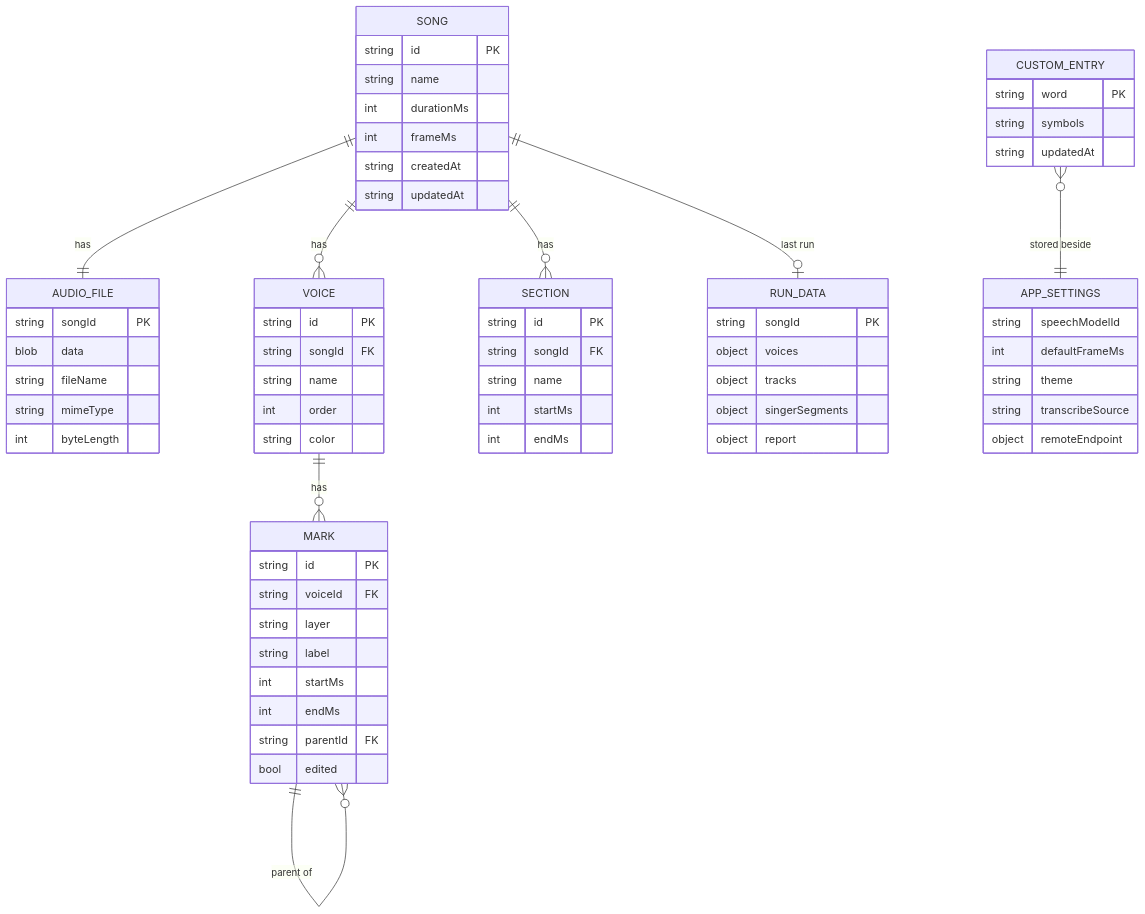
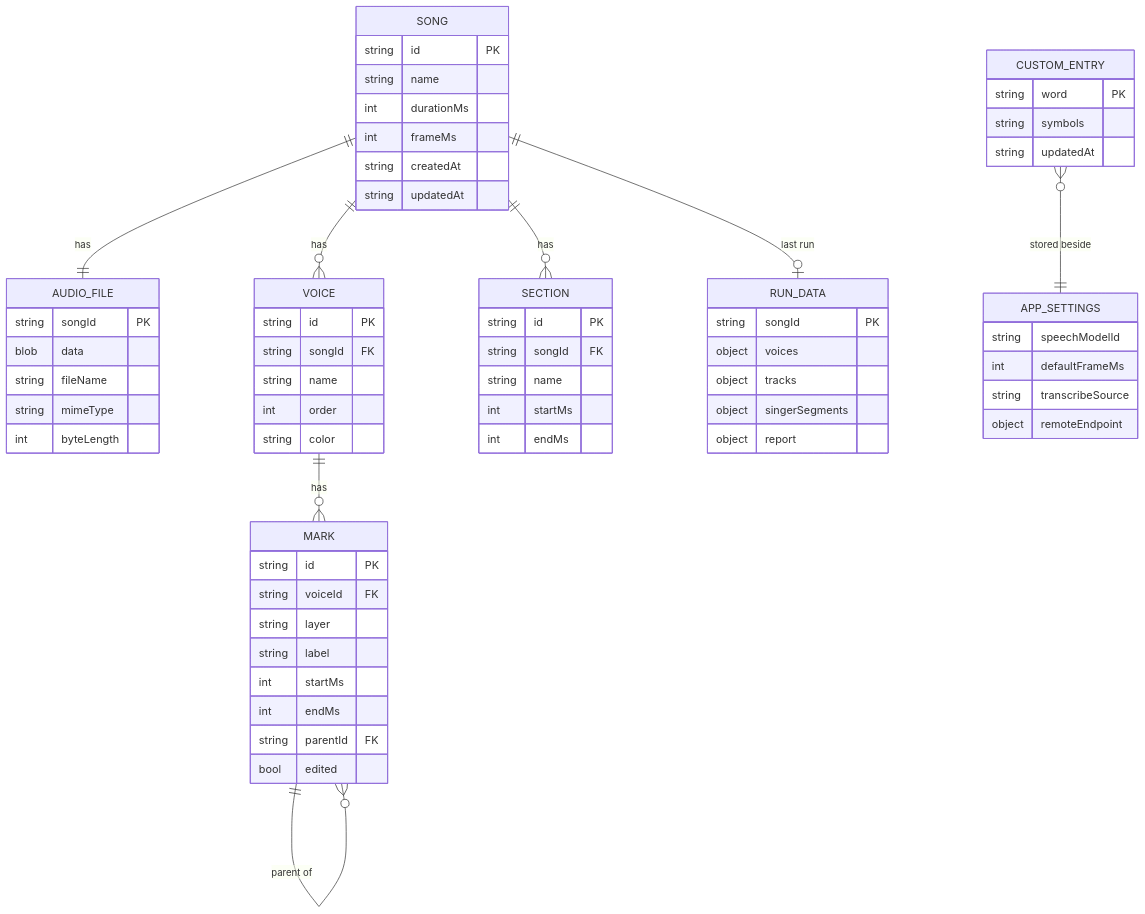
The second of 2 diagrams in docs/specs/spec.md (sniper7kills/xlights-singing-face-timing), drawn with Mermaid before and after one commit. The commit also changed other lines of this file and 53 other files, not shown here.

````diff
--- a/docs/specs/spec.md
+++ b/docs/specs/spec.md
@@ -265,68 +265,67 @@
 ```mermaid
 erDiagram
   SONG ||--|| AUDIO_FILE : has
   SONG ||--o{ VOICE : has
   SONG ||--o{ SECTION : has
   VOICE ||--o{ MARK : has
   MARK ||--o{ MARK : "parent of"
   CUSTOM_ENTRY }o--|| APP_SETTINGS : "stored beside"
   SONG ||--o| RUN_DATA : "last run"
   SONG {
     string id PK
     string name
     int durationMs
     int frameMs
     string createdAt
     string updatedAt
   }
   AUDIO_FILE {
     string songId PK
     blob data
     string fileName
     string mimeType
     int byteLength
   }
   VOICE {
     string id PK
     string songId FK
     string name
     int order
     string color
   }
   SECTION {
     string id PK
     string songId FK
     string name
     int startMs
     int endMs
   }
   MARK {
     string id PK
     string voiceId FK
     string layer
     string label
     int startMs
     int endMs
     string parentId FK
     bool edited
   }
   CUSTOM_ENTRY {
     string word PK
     string symbols
     string updatedAt
   }
   RUN_DATA {
     string songId PK
     object voices
     object tracks
     object singerSegments
     object report
   }
   APP_SETTINGS {
     string speechModelId
     int defaultFrameMs
-    string theme
     string transcribeSource
     object remoteEndpoint
   }
 ```
````
